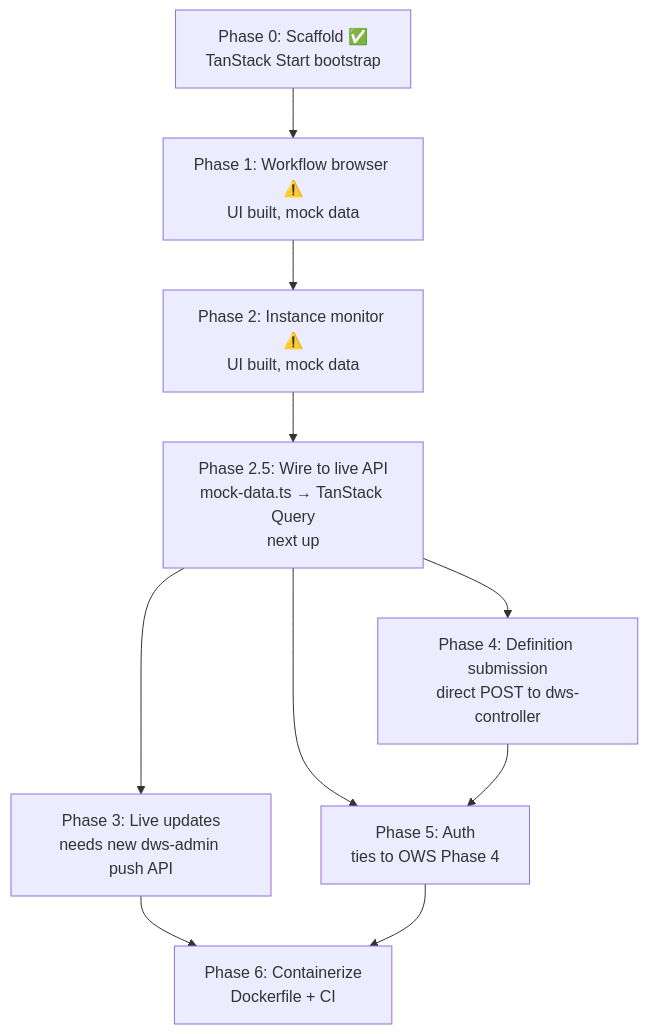
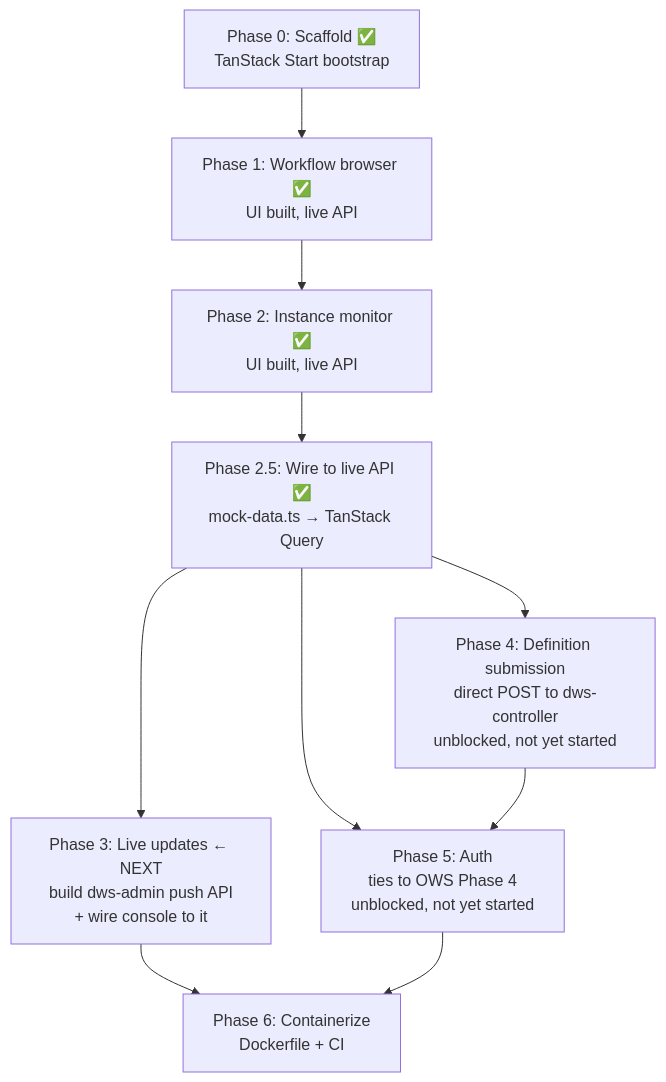
One commit to tonylibs/dapr-workflow-spec changed the diagram in docs/roadmaps/dws-console.md. Above: the diagram before and after it, drawn with Mermaid. The commit also changed other lines of this file and 1 other file, not shown here.

Commit message:
dosc(console): update roadmap

````diff
--- a/docs/roadmaps/dws-console.md
+++ b/docs/roadmaps/dws-console.md
@@ -29,12 +30,12 @@
 ```mermaid
 flowchart TD
-  P0["Phase 0: Scaffold ✅<br/>TanStack Start bootstrap"] --> P1["Phase 1: Workflow browser ⚠️<br/>UI built, mock data"]
-  P1 --> P2["Phase 2: Instance monitor ⚠️<br/>UI built, mock data"]
-  P2 --> P25["Phase 2.5: Wire to live API<br/>mock-data.ts → TanStack Query<br/>next up"]
-  P25 --> P3["Phase 3: Live updates<br/>needs new dws-admin push API"]
-  P25 --> P4["Phase 4: Definition submission<br/>direct POST to dws-controller"]
-  P25 --> P5["Phase 5: Auth<br/>ties to OWS Phase 4"]
+  P0["Phase 0: Scaffold ✅<br/>TanStack Start bootstrap"] --> P1["Phase 1: Workflow browser ✅<br/>UI built, live API"]
+  P1 --> P2["Phase 2: Instance monitor ✅<br/>UI built, live API"]
+  P2 --> P25["Phase 2.5: Wire to live API ✅<br/>mock-data.ts → TanStack Query"]
+  P25 --> P3["Phase 3: Live updates ← NEXT<br/>build dws-admin push API<br/>+ wire console to it"]
+  P25 --> P4["Phase 4: Definition submission<br/>direct POST to dws-controller<br/>unblocked, not yet started"]
+  P25 --> P5["Phase 5: Auth<br/>ties to OWS Phase 4<br/>unblocked, not yet started"]
   P4 --> P5
   P3 --> P6["Phase 6: Containerize<br/>Dockerfile + CI"]
   P5 --> P6
 ```
````
